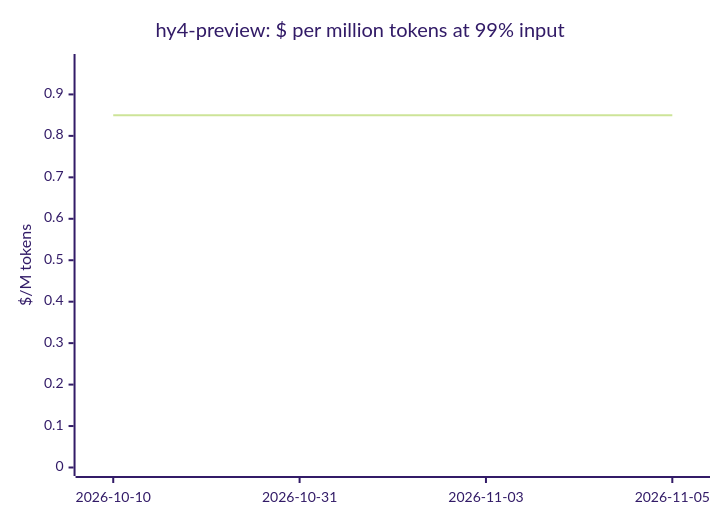
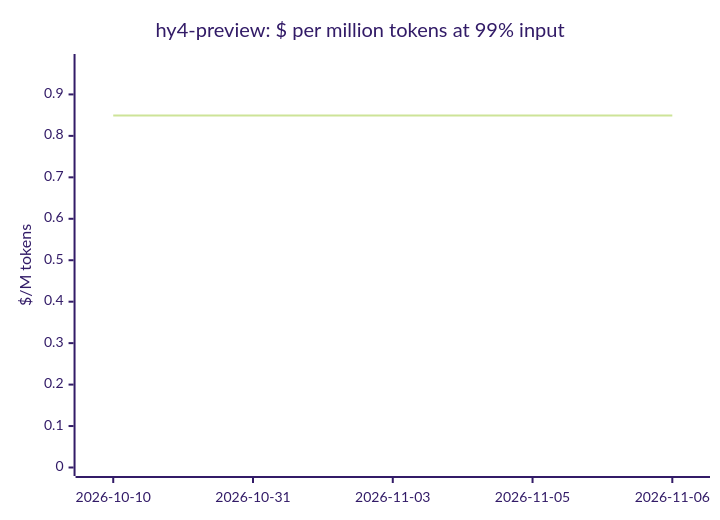
Diagram 16 of 20 in docs/openrouter-models.md (cklukas/OMEGA_TRANSFORM), drawn with Mermaid (forest theme) before and after one commit. The commit also changed other lines of this file and 103 other files, not shown here.

````diff
--- a/docs/openrouter-models.md
+++ b/docs/openrouter-models.md
@@ -279,7 +278,7 @@
 ```mermaid
 xychart-beta
     title "hy4-preview: $ per million tokens at 99% input"
-    x-axis ["2026-10-10", "2026-10-31", "2026-11-03", "2026-11-05"]
+    x-axis ["2026-10-10", "2026-10-31", "2026-11-03", "2026-11-05", "2026-11-06"]
     y-axis "$/M tokens" 0 --> 0.977
-    line [0.8496, 0.8496, 0.8496, 0.8496]
+    line [0.8493, 0.8493, 0.8493, 0.8493, 0.8493]
 ```
````
